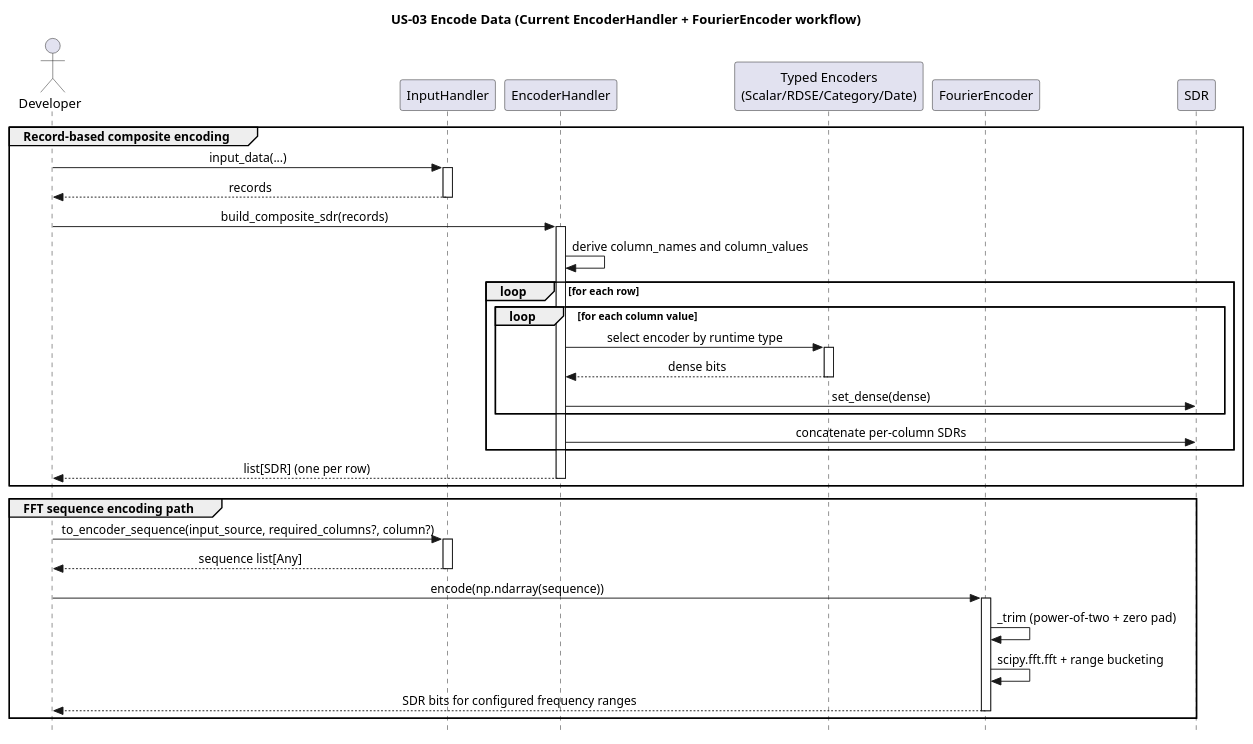
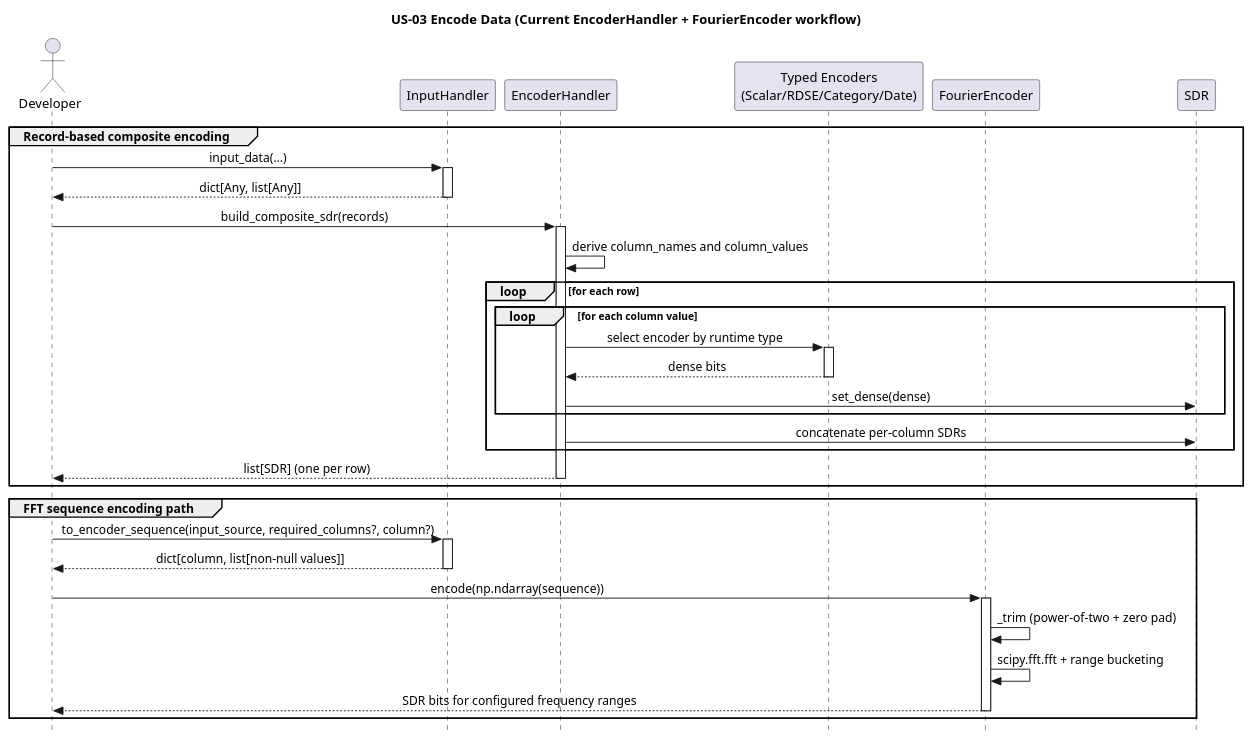
One commit to egrembocki/htmrl changed the diagram in docs/puml/US/us-03.puml. Above: the diagram before and after it, drawn with PlantUML. The commit also changed 5 other files, not shown here.

Commit message:
Update US sequence diagrams for current InputHandler flow

```diff
--- a/docs/puml/US/us-03.puml
+++ b/docs/puml/US/us-03.puml
@@ -1,52 +1,52 @@
 @startuml
 skinparam style strictuml
 skinparam sequenceMessageAlign center
 skinparam responseMessageBelowArrow true
 title US-03 Encode Data (Current EncoderHandler + FourierEncoder workflow)
 
 actor Developer
 participant "InputHandler" as IH
 participant "EncoderHandler" as EH
 participant "Typed Encoders\n(Scalar/RDSE/Category/Date)" as ENC
 participant "FourierEncoder" as FFT
 participant "SDR" as SDR
 
 group Record-based composite encoding
   Developer -> IH: input_data(...)
   activate IH
-  IH --> Developer: records
+  IH --> Developer: dict[Any, list[Any]]
   deactivate IH
 
   Developer -> EH: build_composite_sdr(records)
   activate EH
   EH -> EH: derive column_names and column_values
 
   loop for each row
     loop for each column value
       EH -> ENC: select encoder by runtime type
       activate ENC
       ENC --> EH: dense bits
       deactivate ENC
       EH -> SDR: set_dense(dense)
     end
     EH -> SDR: concatenate per-column SDRs
   end
 
   EH --> Developer: list[SDR] (one per row)
   deactivate EH
 end
 
 group FFT sequence encoding path
   Developer -> IH: to_encoder_sequence(input_source, required_columns?, column?)
   activate IH
-  IH --> Developer: sequence list[Any]
+  IH --> Developer: dict[column, list[non-null values]]
   deactivate IH
 
   Developer -> FFT: encode(np.ndarray(sequence))
   activate FFT
   FFT -> FFT: _trim (power-of-two + zero pad)
   FFT -> FFT: scipy.fft.fft + range bucketing
   FFT --> Developer: SDR bits for configured frequency ranges
   deactivate FFT
 end
 @enduml
```
